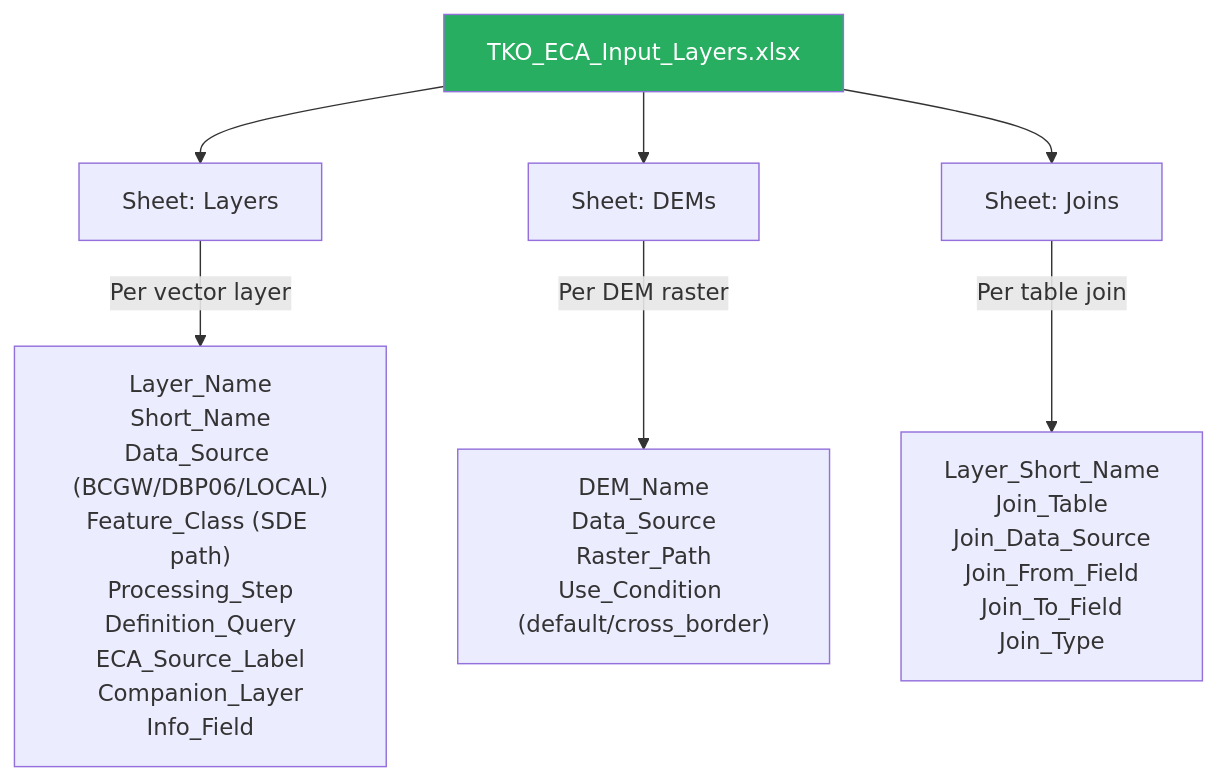
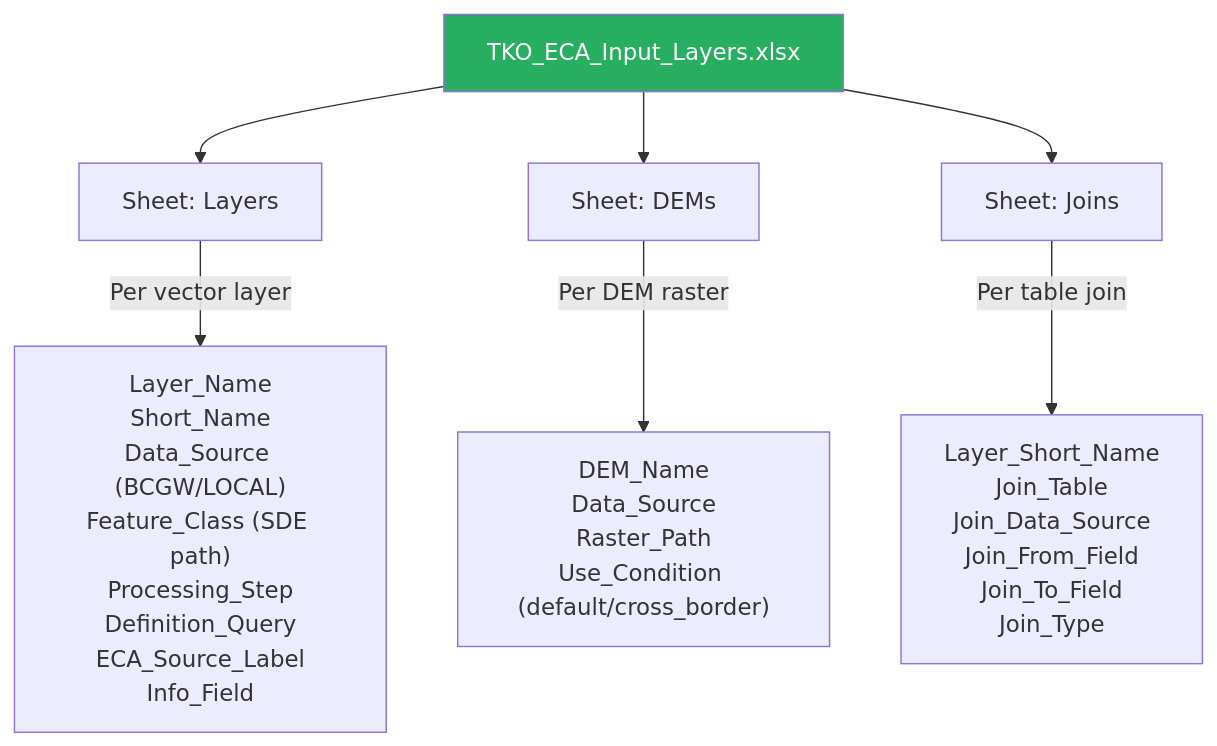
One commit to arkenmap-com/ECA changed the seventh of 14 diagrams in README.md. Above: the diagram before and after it, drawn with Mermaid. The commit also changed other lines of this file and 71 other files, not shown here.

Commit message:
Add live BC data ECA web app

````diff
--- a/README.md
+++ b/README.md
@@ -536,14 +541,14 @@
 ```mermaid
 flowchart TD
     XLSX["TKO_ECA_Input_Layers.xlsx"] --> S1["Sheet: Layers"]
     XLSX --> S2["Sheet: DEMs"]
     XLSX --> S3["Sheet: Joins"]
 
-    S1 --> |"Per vector layer"| COLS1["Layer_Name<br/>Short_Name<br/>Data_Source (BCGW/DBP06/LOCAL)<br/>Feature_Class (SDE path)<br/>Processing_Step<br/>Definition_Query<br/>ECA_Source_Label<br/>Companion_Layer<br/>Info_Field"]
+    S1 --> |"Per vector layer"| COLS1["Layer_Name<br/>Short_Name<br/>Data_Source (BCGW/LOCAL)<br/>Feature_Class (SDE path)<br/>Processing_Step<br/>Definition_Query<br/>ECA_Source_Label<br/>Info_Field"]
 
     S2 --> |"Per DEM raster"| COLS2["DEM_Name<br/>Data_Source<br/>Raster_Path<br/>Use_Condition (default/cross_border)"]
 
     S3 --> |"Per table join"| COLS3["Layer_Short_Name<br/>Join_Table<br/>Join_Data_Source<br/>Join_From_Field<br/>Join_To_Field<br/>Join_Type"]
 
     style XLSX fill:#27ae60,color:#fff
 ```
````
